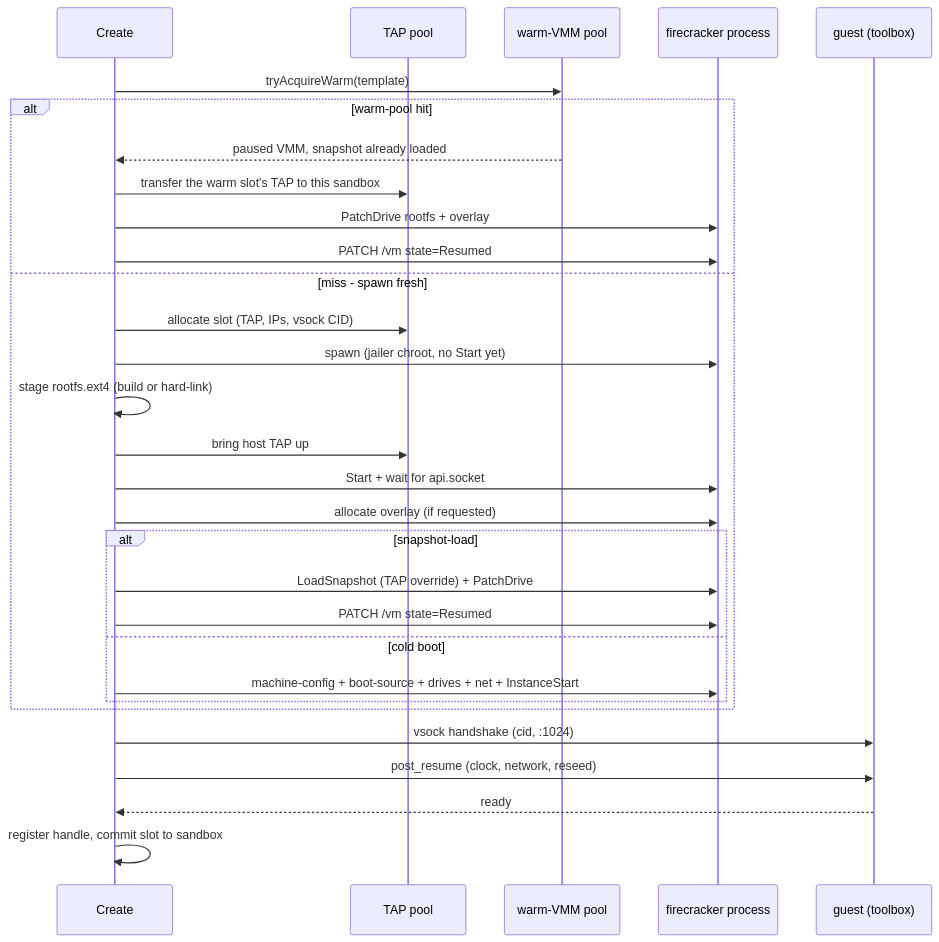
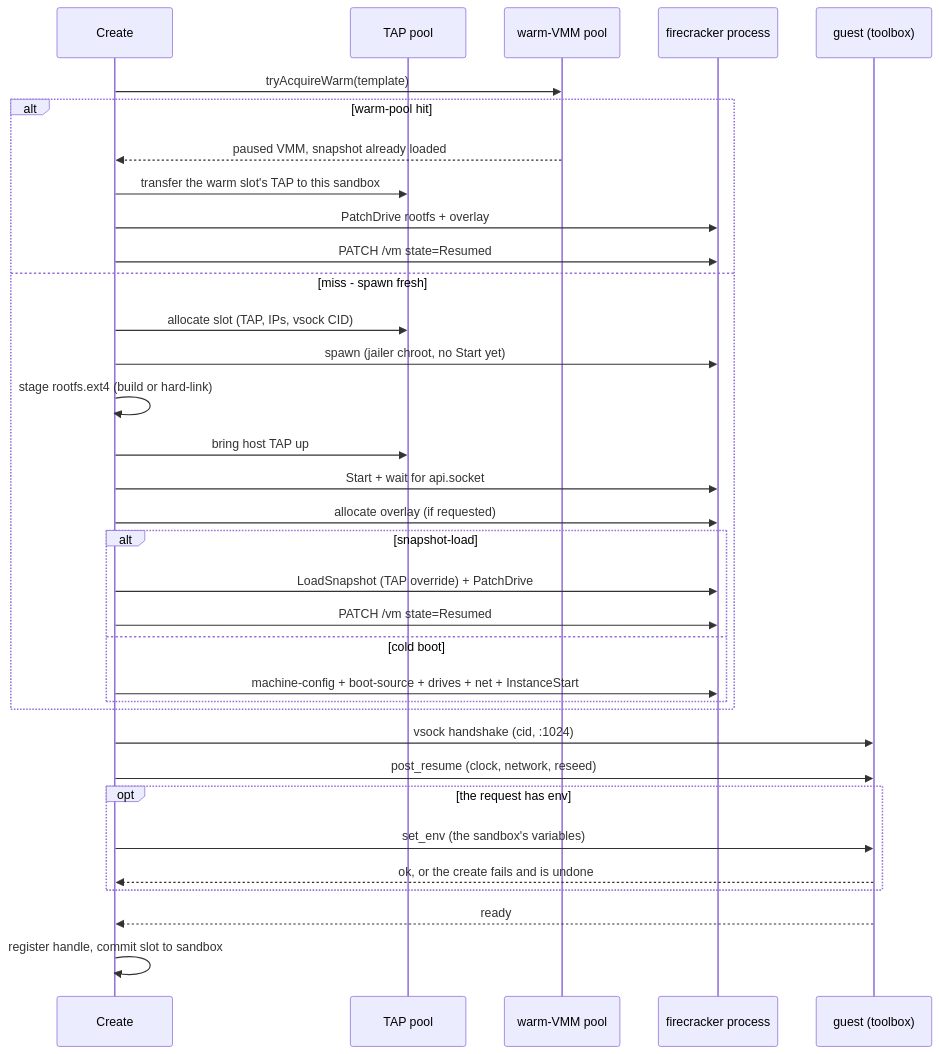
The third of 5 diagrams in docs/src/content/docs/firecracker-architecture.mdx (aerol-ai/microvm), drawn with Mermaid before and after one commit. The commit also changed other lines of this file and 4 other files, not shown here.

````diff
--- a/docs/src/content/docs/firecracker-architecture.mdx
+++ b/docs/src/content/docs/firecracker-architecture.mdx
@@ -117,33 +117,37 @@
 ```mermaid
 sequenceDiagram
     participant C as Create
     participant TAP as TAP pool
     participant W as warm-VMM pool
     participant FC as firecracker process
     participant G as guest (toolbox)
 
     C->>W: tryAcquireWarm(template)
     alt warm-pool hit
         W-->>C: paused VMM, snapshot already loaded
         C->>TAP: transfer the warm slot's TAP to this sandbox
         C->>FC: PatchDrive rootfs + overlay
         C->>FC: PATCH /vm state=Resumed
     else miss - spawn fresh
         C->>TAP: allocate slot (TAP, IPs, vsock CID)
         C->>FC: spawn (jailer chroot, no Start yet)
         C->>C: stage rootfs.ext4 (build or hard-link)
         C->>TAP: bring host TAP up
         C->>FC: Start + wait for api.socket
         C->>FC: allocate overlay (if requested)
         alt snapshot-load
             C->>FC: LoadSnapshot (TAP override) + PatchDrive
             C->>FC: PATCH /vm state=Resumed
         else cold boot
             C->>FC: machine-config + boot-source + drives + net + InstanceStart
         end
     end
     C->>G: vsock handshake (cid, :1024)
     C->>G: post_resume (clock, network, reseed)
+    opt the request has env
+        C->>G: set_env (the sandbox's variables)
+        G-->>C: ok, or the create fails and is undone
+    end
     G-->>C: ready
     C->>C: register handle, commit slot to sandbox
 ```
````
